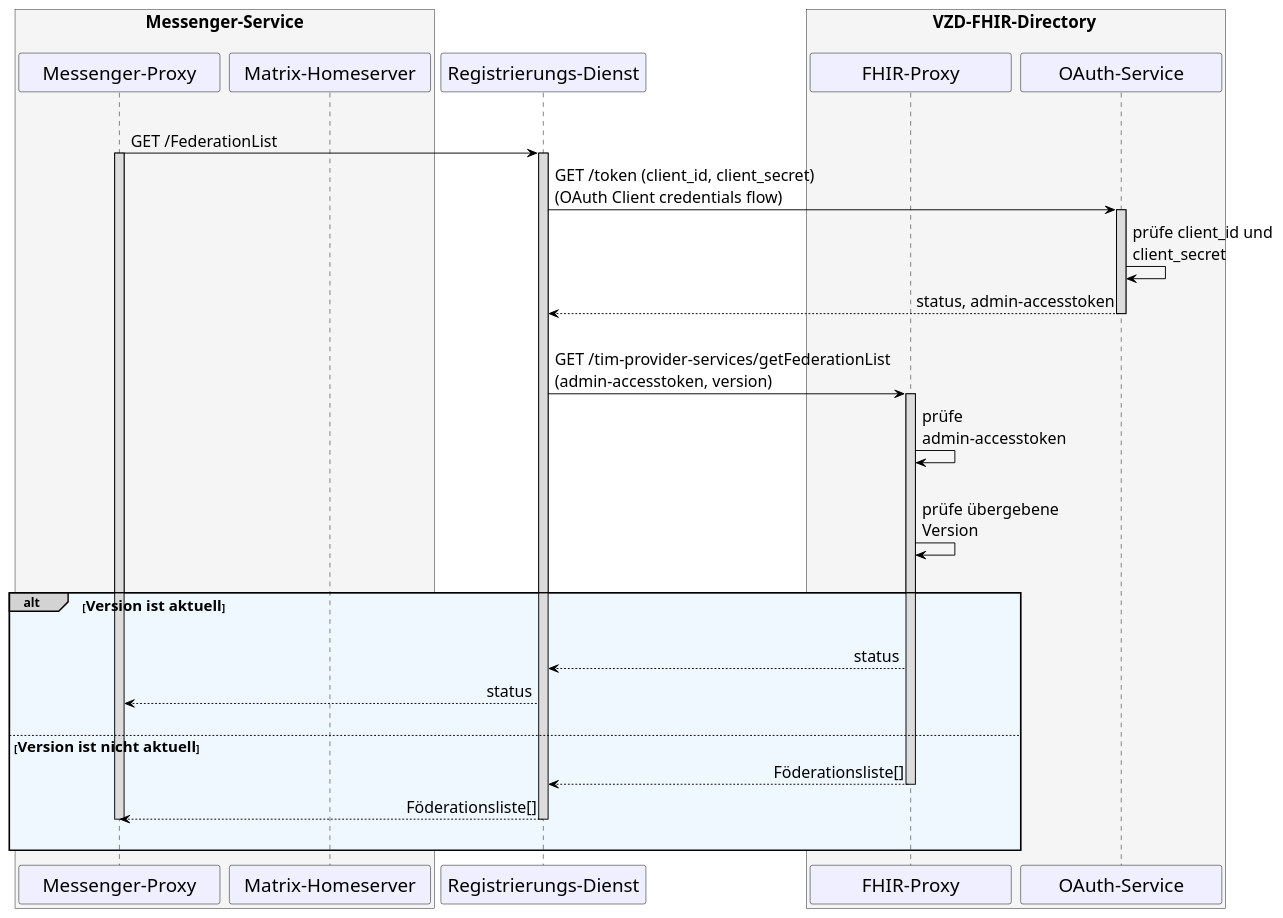
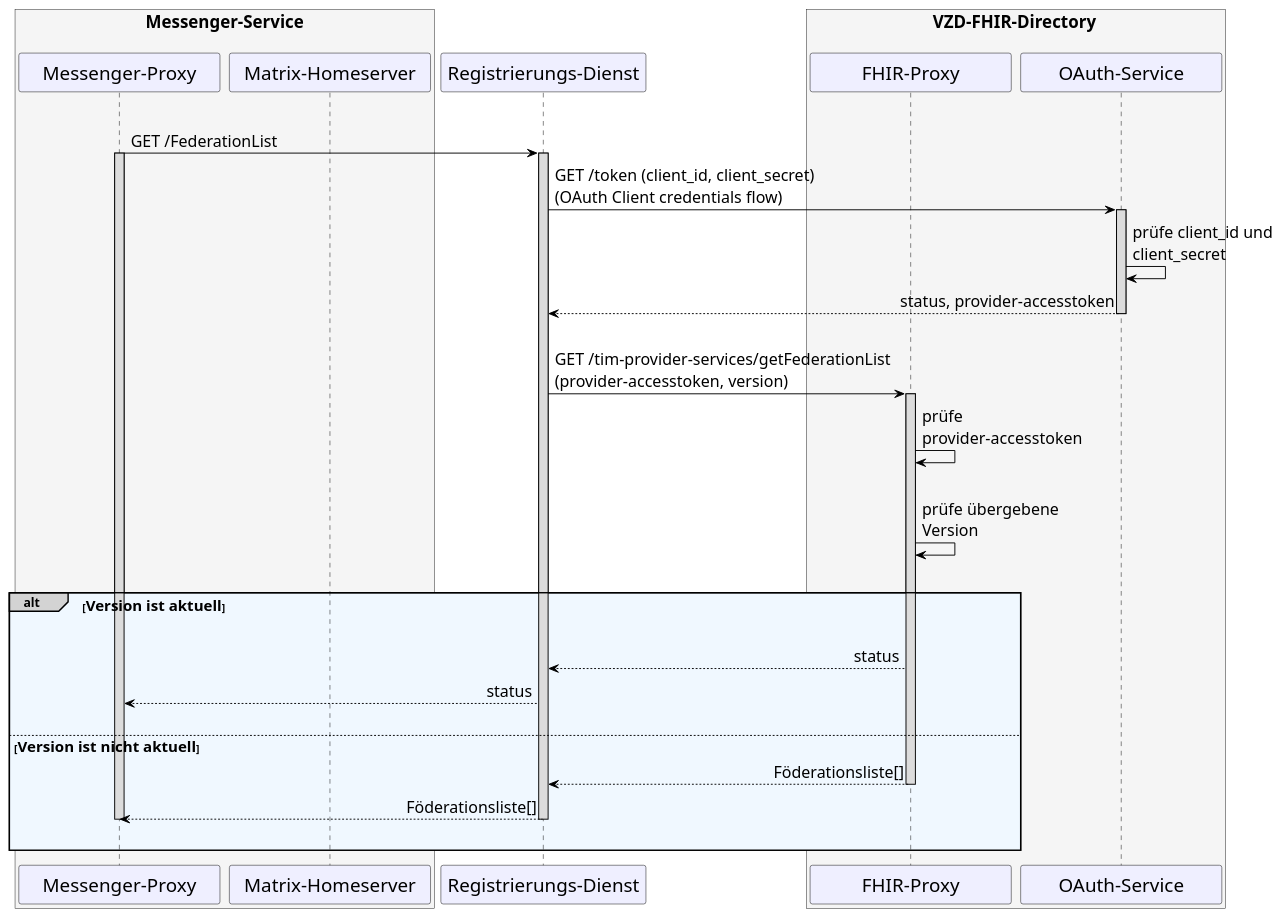
One commit to gematik/api-ti-messenger changed the diagram in src/plantuml/TI-Messenger-Dienst/Ressourcen/UC_Update_Federationlist_Seq.puml. Above: the diagram before and after it, drawn with PlantUML.

```diff
--- a/src/plantuml/TI-Messenger-Dienst/Ressourcen/UC_Update_Federationlist_Seq.puml
+++ b/src/plantuml/TI-Messenger-Dienst/Ressourcen/UC_Update_Federationlist_Seq.puml
@@ -9,72 +9,72 @@
 @startuml
 skinparam sequenceMessageAlign direction
 skinparam minClassWidth 200
 skinparam BoxPadding 1
 skinparam sequenceReferenceHeaderBackgroundColor palegreen
 scale max 2048 width
 
 skinparam sequence {
 ArrowColor black
 ArrowFontSize 17
 ActorBorderColor black
 LifeLineBorderColor black
 LifeLineBackgroundColor Gainsboro
 
 ParticipantBorderColor Motivation
 ParticipantBackgroundColor Motivation
 ParticipantFontName Impact
 ParticipantFontSize 20
 ParticipantFontColor black
 ParticipantBorderColor Black
 ParticipantBackgroundColor MOTIVATION
 
 ActorBackgroundColor Gainsboro
 ActorFontColor black
 ActorFontSize 20
 ActorFontName Aapex
 }
     box <size:18>Messenger-Service\n #WhiteSmoke
     participant MP as "Messenger-Proxy"
     participant MH as "Matrix-Homeserver"
     end box
     participant RD as "Registrierungs-Dienst"
     box <size:18>VZD-FHIR-Directory</size> #WhiteSmoke
       participant FP as "FHIR-Proxy"
       participant AS as "OAuth-Service"
     end box
 
   |||
   MP->RD: GET /FederationList 
     Activate MP
     Activate RD
 
   RD->AS: GET /token (client_id, client_secret) \n(OAuth Client credentials flow)
     Activate AS
   AS->AS: prüfe client_id und \nclient_secret
-  AS-->RD: status, admin-accesstoken 
+  AS-->RD: status, provider-accesstoken 
     Deactivate AS  
 
   |||
-  RD->FP: GET /tim-provider-services/getFederationList \n(admin-accesstoken, version)
+  RD->FP: GET /tim-provider-services/getFederationList \n(provider-accesstoken, version)
     Activate FP
-  FP->FP: prüfe \nadmin-accesstoken
+  FP->FP: prüfe \nprovider-accesstoken
   |||
   FP->FP: prüfe übergebene \nVersion
 
 |||
 alt#LightGrey #AliceBlue <size:16>Version ist aktuell</size>
 |||    
 
     FP-->RD: status
     RD-->MP: status
     |||
     
     else <size:16>Version ist nicht aktuell</size>
        FP-->RD: Föderationsliste[]
         Deactivate FP
       RD-->MP: Föderationsliste[]
         Deactivate RD
         deactivate MP
     |||
 end
 @enduml
```
